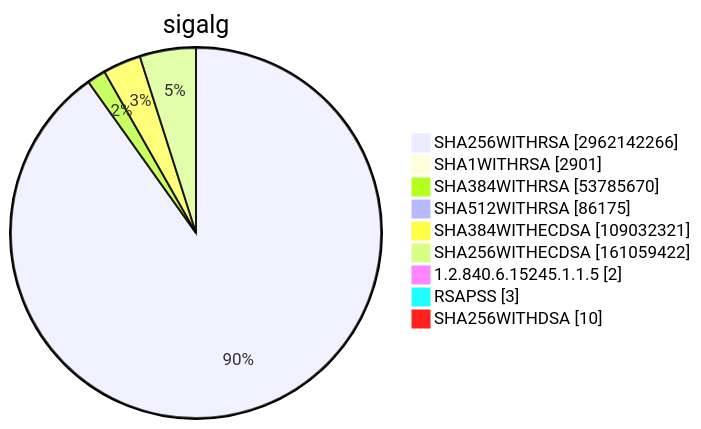
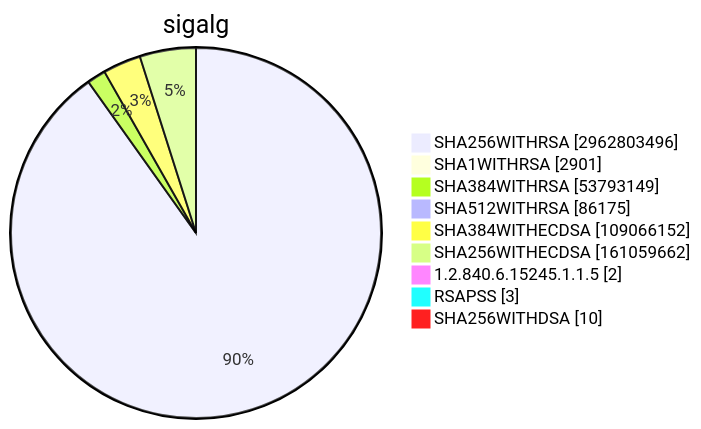
Diagram 15 of 15 in TOTAL/README.md (christiankrug/ctmonitor_visualization), drawn with Mermaid before and after one commit. The commit also changed other lines of this file, not shown here.

````diff
--- a/TOTAL/README.md
+++ b/TOTAL/README.md
@@ -6207,13 +6207,13 @@
 ```mermaid
 pie showData
 title sigalg
-"SHA256WITHRSA" :2962142266
+"SHA256WITHRSA" :2962803496
 "SHA1WITHRSA" :2901
-"SHA384WITHRSA" :53785670
+"SHA384WITHRSA" :53793149
 "SHA512WITHRSA" :86175
-"SHA384WITHECDSA" :109032321
-"SHA256WITHECDSA" :161059422
+"SHA384WITHECDSA" :109066152
+"SHA256WITHECDSA" :161059662
 "1.2.840.6.15245.1.1.5" :2
 "RSAPSS" :3
 "SHA256WITHDSA" :10
 ```
````
